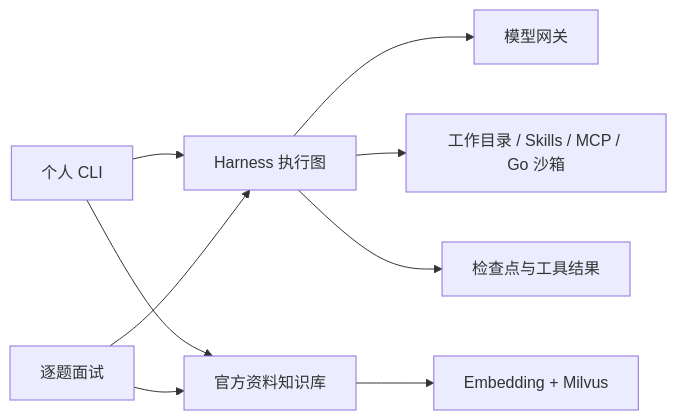
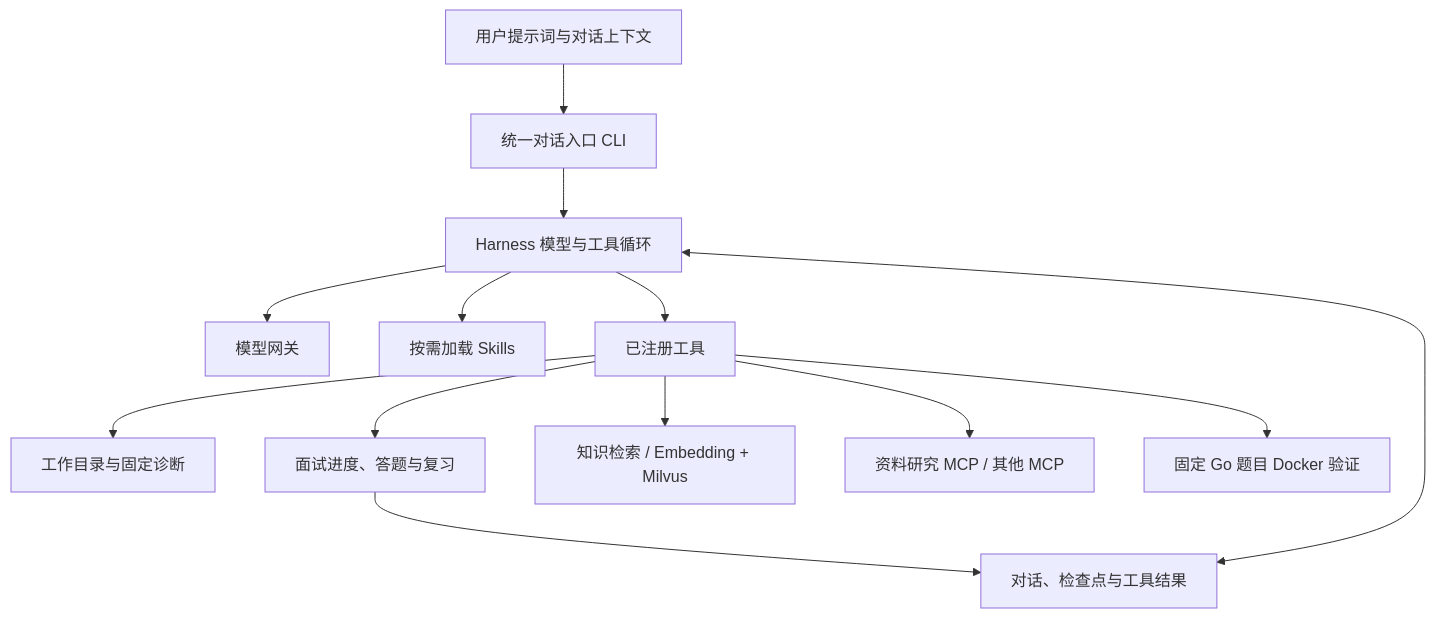
One commit to lannokaede/LanAgent changed the diagram in README.md. Above: the diagram before and after it, drawn with Mermaid. The commit also changed other lines of this file and 19 other files, not shown here.

Commit message:
Unify interview training and workspace tasks in one conversation CLI

````diff
--- a/README.md
+++ b/README.md
@@ -14,11 +14,15 @@
 ```mermaid
-flowchart LR
-  CLI[个人 CLI] --> Core[Harness 执行图]
-  Interview[逐题面试] --> Core
+flowchart TD
+  User[用户提示词与对话上下文] --> CLI[统一对话入口 CLI]
+  CLI --> Core[Harness 模型与工具循环]
   Core --> Model[模型网关]
-  Core --> Tools[工作目录 / Skills / MCP / Go 沙箱]
-  Core --> State[检查点与工具结果]
-  CLI --> RAG[官方资料知识库]
-  Interview --> RAG
-  RAG --> Vector[Embedding + Milvus]
+  Core --> Skills[按需加载 Skills]
+  Core --> Tools[已注册工具]
+  Tools --> Workspace[工作目录与固定诊断]
+  Tools --> Interview[面试进度、答题与复习]
+  Tools --> RAG[知识检索 / Embedding + Milvus]
+  Tools --> MCP[资料研究 MCP / 其他 MCP]
+  Tools --> Sandbox[固定 Go 题目 Docker 验证]
+  Core <--> State[对话、检查点与工具结果]
+  Interview --> State
 ```
````
